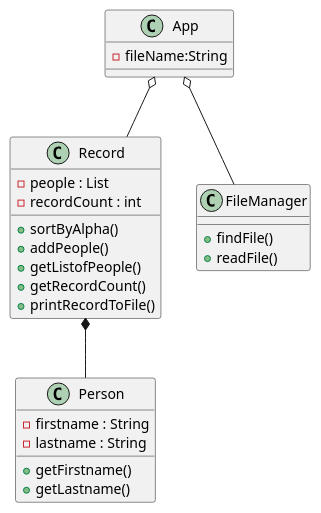
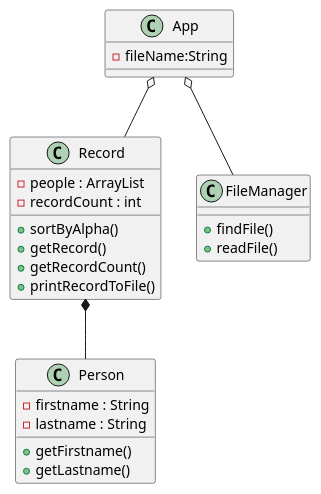
One commit to kingraham228/Ingraham-cop3330-assignment3 changed the diagram in src/main/java/ex41/NameSorter.puml. Above: the diagram before and after it, drawn with PlantUML. The commit also changed 3 other files, not shown here.

```diff
--- a/src/main/java/ex41/NameSorter.puml
+++ b/src/main/java/ex41/NameSorter.puml
@@ -1,31 +1,30 @@
 @startuml
 class Person{
 - firstname : String
 - lastname : String
 + getFirstname()
 + getLastname()
 }
 
 class Record{
-- people : List
+- people : ArrayList
 - recordCount : int
 + sortByAlpha()
-+ addPeople()
-+ getListofPeople()
++ getRecord()
 + getRecordCount()
 + printRecordToFile()
 }
 
 class App{
 - fileName:String
 }
 
 class FileManager{
 +findFile()
 +readFile()
 }
 
 App o-- Record
 Record *-- Person
 App o-- FileManager
 @enduml
```
